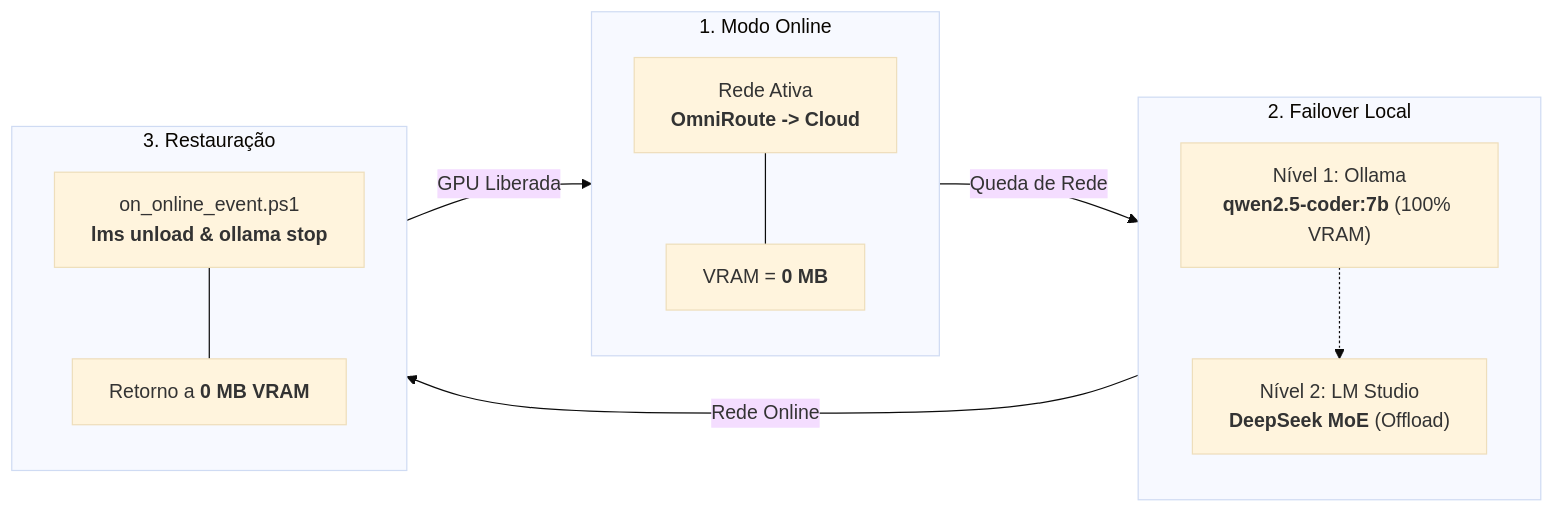
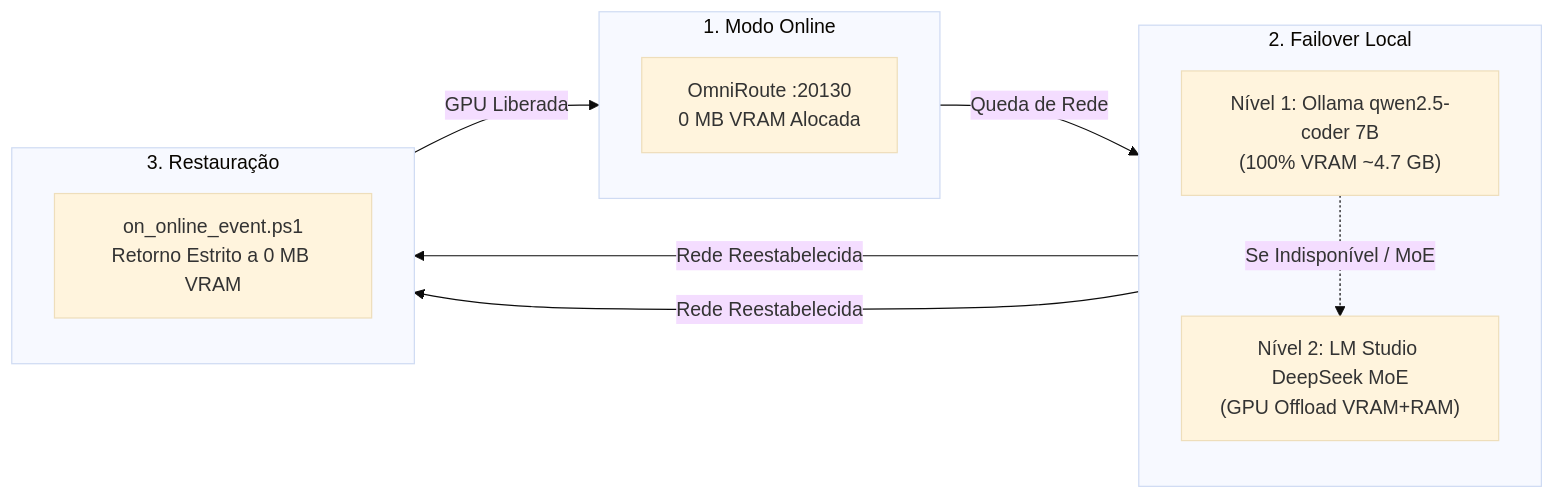
Before and after one commit to EnterDufter/PromptCoreLabs_AEOS: the sixth of 6 diagrams in README.md, drawn with Mermaid (base theme). The commit also changed 4 other files, not shown here.

Commit message:
fix: enforce node-to-node connections in Mermaid flowchart LR to resolve syntax error bomb and compact modal diagram size to 650px

````diff
--- a/README.md
+++ b/README.md
@@ -264,27 +264,24 @@
 ```mermaid
 flowchart LR
-    subgraph S1 [1. Modo Online]
+    subgraph ModoOnline [1. Modo Online]
         direction TB
-        Online["Rede Ativa<br><b>OmniRoute -> Cloud</b>"]
-        ZeroVRAM["VRAM = <b>0 MB</b>"]
-        Online --- ZeroVRAM
+        NodeOnline["OmniRoute :20130<br>0 MB VRAM Alocada"]
     end
 
-    subgraph S2 [2. Failover Local]
+    subgraph FailoverLocal [2. Failover Local]
         direction TB
-        L1["Nível 1: Ollama<br><b>qwen2.5-coder:7b</b> (100% VRAM)"]
-        L2["Nível 2: LM Studio<br><b>DeepSeek MoE</b> (Offload)"]
-        L1 -.-> L2
+        NodeL1["Nível 1: Ollama qwen2.5-coder 7B<br>(100% VRAM ~4.7 GB)"]
+        NodeL2["Nível 2: LM Studio DeepSeek MoE<br>(GPU Offload VRAM+RAM)"]
+        NodeL1 -.->|Se Indisponível / MoE| NodeL2
     end
 
-    subgraph S3 [3. Restauração]
+    subgraph ModoRestauracao [3. Restauração]
         direction TB
-        Unload["on_online_event.ps1<br><b>lms unload & ollama stop</b>"]
-        ZeroRet["Retorno a <b>0 MB VRAM</b>"]
-        Unload --- ZeroRet
+        NodeUnload["on_online_event.ps1<br>Retorno Estrito a 0 MB VRAM"]
     end
 
-    S1 -->|Queda de Rede| S2
-    S2 -->|Rede Online| S3
-    S3 -->|GPU Liberada| S1
+    NodeOnline -->|Queda de Rede| NodeL1
+    NodeL1 -->|Rede Reestabelecida| NodeUnload
+    NodeL2 -->|Rede Reestabelecida| NodeUnload
+    NodeUnload -->|GPU Liberada| NodeOnline
 ```
````
